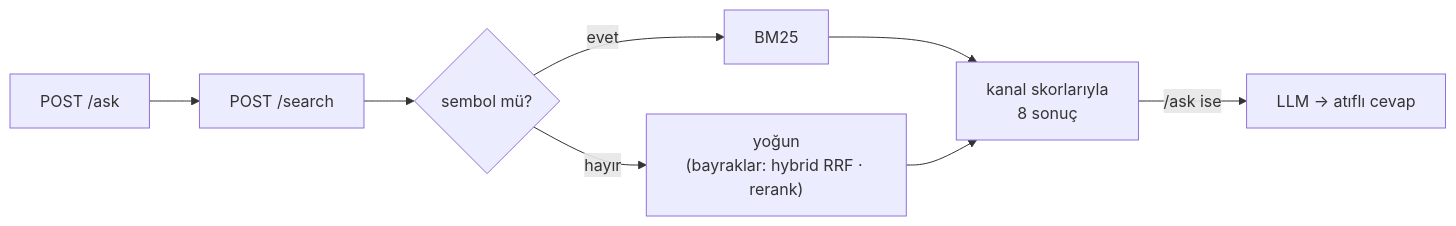
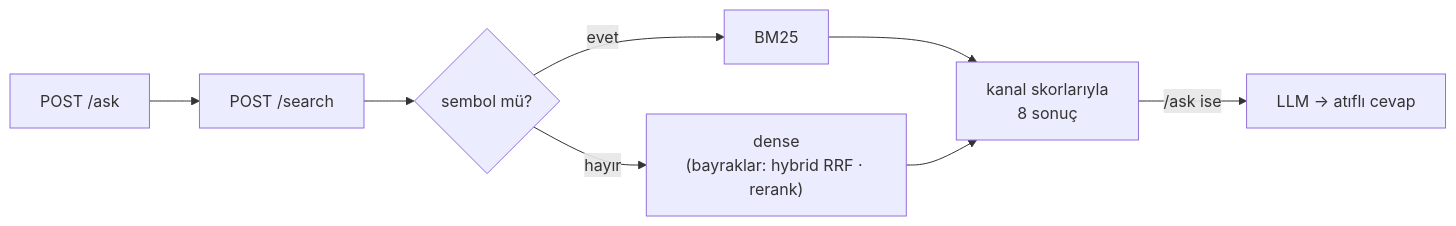
The second of 2 diagrams in docs/index.tr.md (fport/milvus-rag), drawn with Mermaid before and after one commit. The commit also changed other lines of this file and 15 other files, not shown here.

````diff
--- a/docs/index.tr.md
+++ b/docs/index.tr.md
@@ -108,7 +115,7 @@
 ```mermaid
 flowchart LR
     ASK["POST /ask"] --> SEARCH["POST /search"] --> ROUTE{"sembol mü?"}
     ROUTE -->|evet| BM25["BM25"] --> HIT["kanal skorlarıyla<br>8 sonuç"]
-    ROUTE -->|hayır| DENSE["yoğun<br>(bayraklar: hybrid RRF · rerank)"] --> HIT
+    ROUTE -->|hayır| DENSE["dense<br>(bayraklar: hybrid RRF · rerank)"] --> HIT
     HIT -->|"/ask ise"| ANSWER["LLM → atıflı cevap"]
 ```
````
